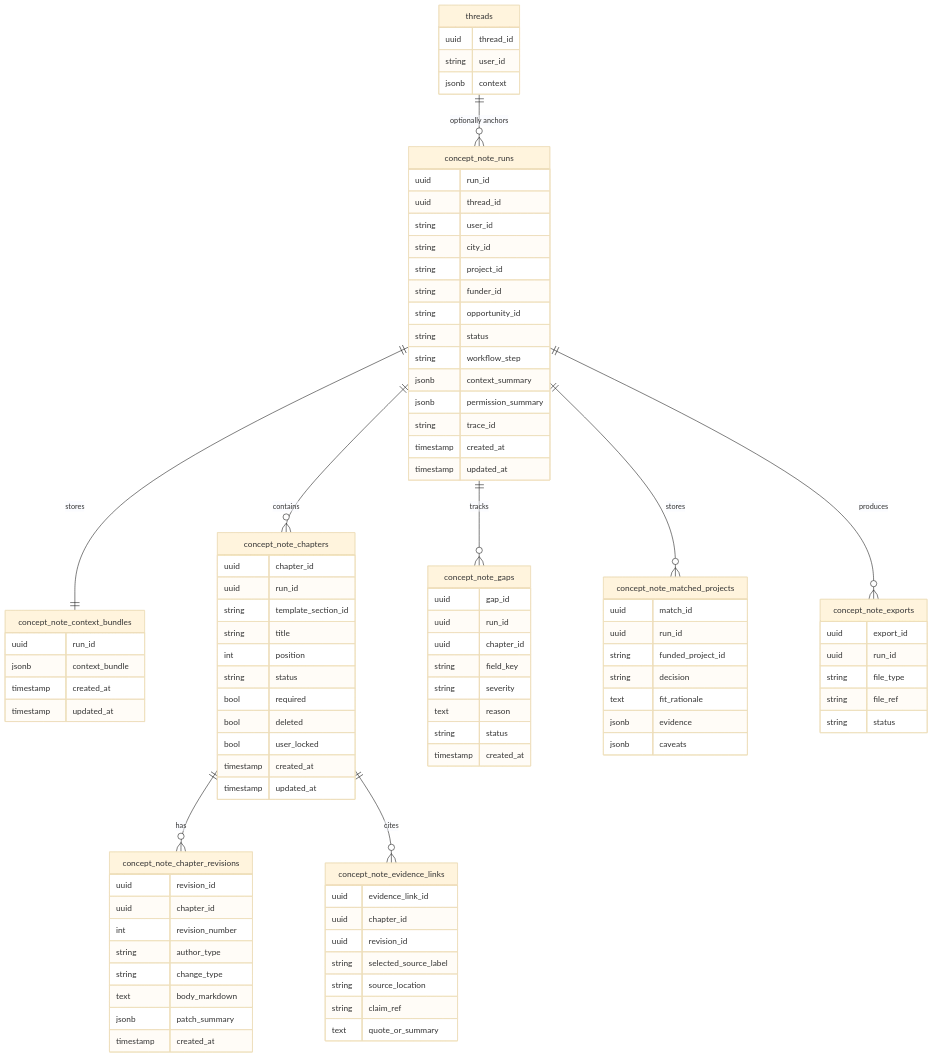
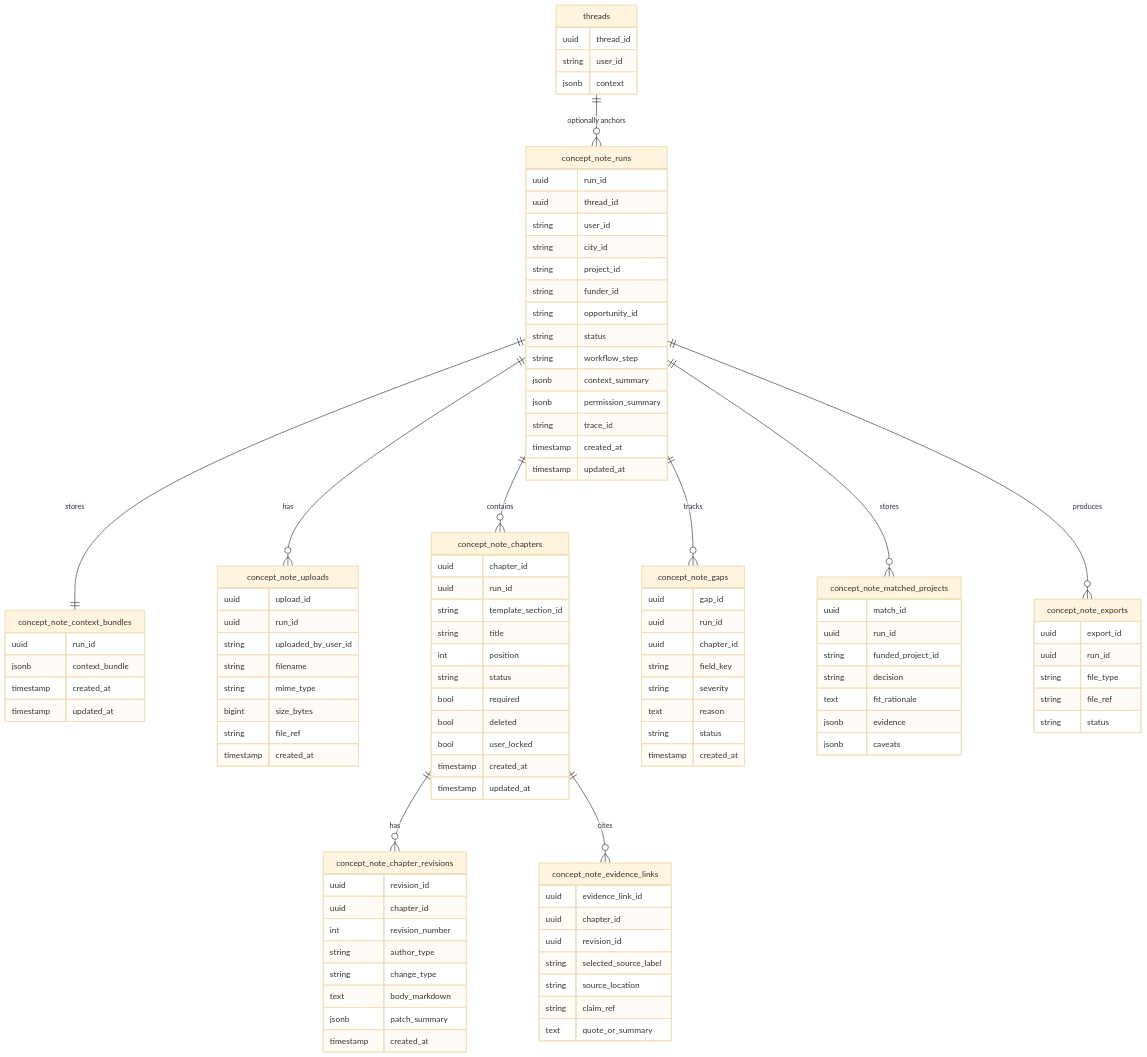
Before and after one commit to Open-Earth-Foundation/CityCatalyst: the fifth of 13 diagrams in docs/ConceptNoteBuilderArchitecture.md, drawn with Mermaid (base theme). The commit also changed other lines of this file and 1 other file, not shown here.

Commit message:
Align PDF OCR and concept note architecture

```diff
--- a/docs/ConceptNoteBuilderArchitecture.md
+++ b/docs/ConceptNoteBuilderArchitecture.md
@@ -334,6 +332,7 @@
 erDiagram
     threads ||--o{ concept_note_runs : "optionally anchors"
     concept_note_runs ||--|| concept_note_context_bundles : "stores"
+    concept_note_runs ||--o{ concept_note_uploads : "has"
     concept_note_runs ||--o{ concept_note_chapters : "contains"
     concept_note_runs ||--o{ concept_note_gaps : "tracks"
     concept_note_runs ||--o{ concept_note_matched_projects : "stores"
@@ -362,6 +361,17 @@
         string trace_id
         timestamp created_at
         timestamp updated_at
+    }
+
+    concept_note_uploads {
+        uuid upload_id
+        uuid run_id
+        string uploaded_by_user_id
+        string filename
+        string mime_type
+        bigint size_bytes
+        string file_ref
+        timestamp created_at
     }
 
     concept_note_context_bundles {
```
